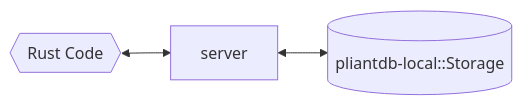
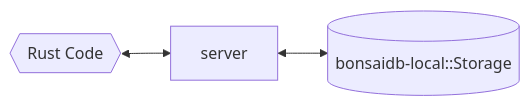
Before and after one commit to khonsulabs/bonsaidb: the second of 5 diagrams in book/src/about/access_models.md, drawn with Mermaid. The commit also changed other lines of this file and 110 other files, not shown here.

````diff
--- a/book/src/about/access_models.md
+++ b/book/src/about/access_models.md
@@ -20,7 +20,7 @@
 ```mermaid
 graph LR
   code{{Rust Code}}
-  local[(pliantdb-local::Storage)]
+  local[(bonsaidb-local::Storage)]
   code <--> server
   server <--> local
 ```
````
